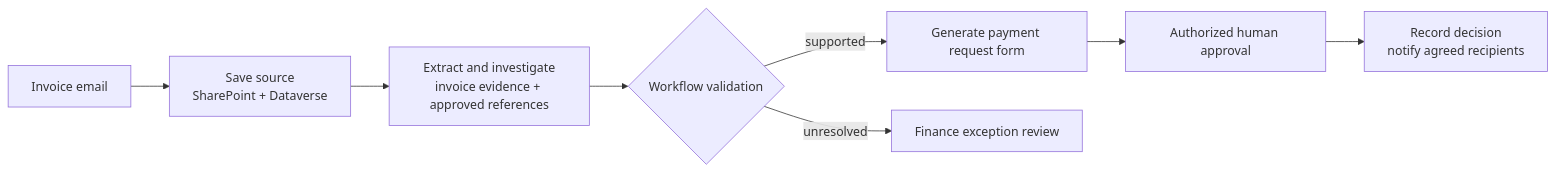
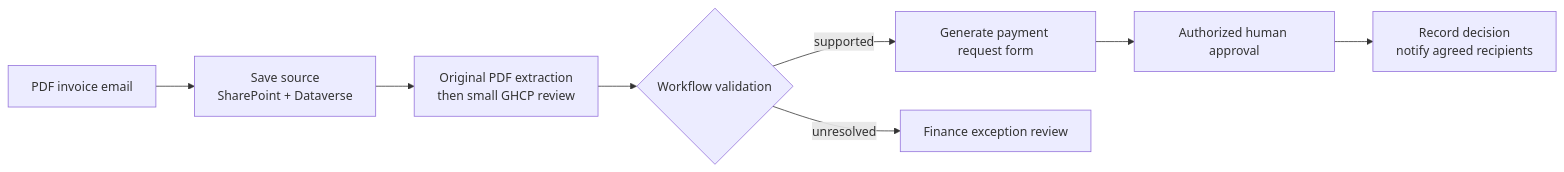
The diagram in 01-scenarios/Autonomous-Invoice-Orchestration-Agent-GHCP/1.Overview.md (AlphaBalzer/ai-agent-runbooks), drawn with Mermaid before and after one commit. The commit also changed other lines of this file and 7 other files, not shown here.

First line of the commit message:
Simplify Invoice GHCP guide around the original PDF process

````diff
--- a/01-scenarios/Autonomous-Invoice-Orchestration-Agent-GHCP/1.Overview.md
+++ b/01-scenarios/Autonomous-Invoice-Orchestration-Agent-GHCP/1.Overview.md
@@ -72,10 +73,10 @@
 ```mermaid
 flowchart LR
-    A["Invoice email"] --> B["Save source<br/>SharePoint + Dataverse"]
-    B --> C["Extract and investigate<br/>invoice evidence + approved references"]
+    A["PDF invoice email"] --> B["Save source<br/>SharePoint + Dataverse"]
+    B --> C["Original PDF extraction<br/>then small GHCP review"]
     C --> D{"Workflow validation"}
     D -->|supported| E["Generate payment request form"]
     D -->|unresolved| F["Finance exception review"]
     E --> G["Authorized human approval"]
     G --> H["Record decision<br/>notify agreed recipients"]
 ```
````
